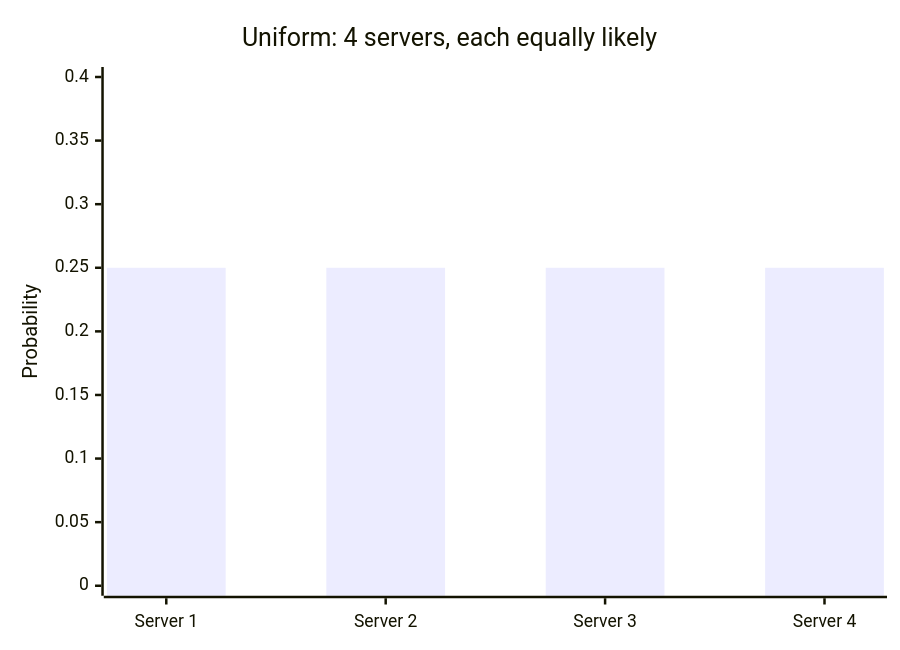
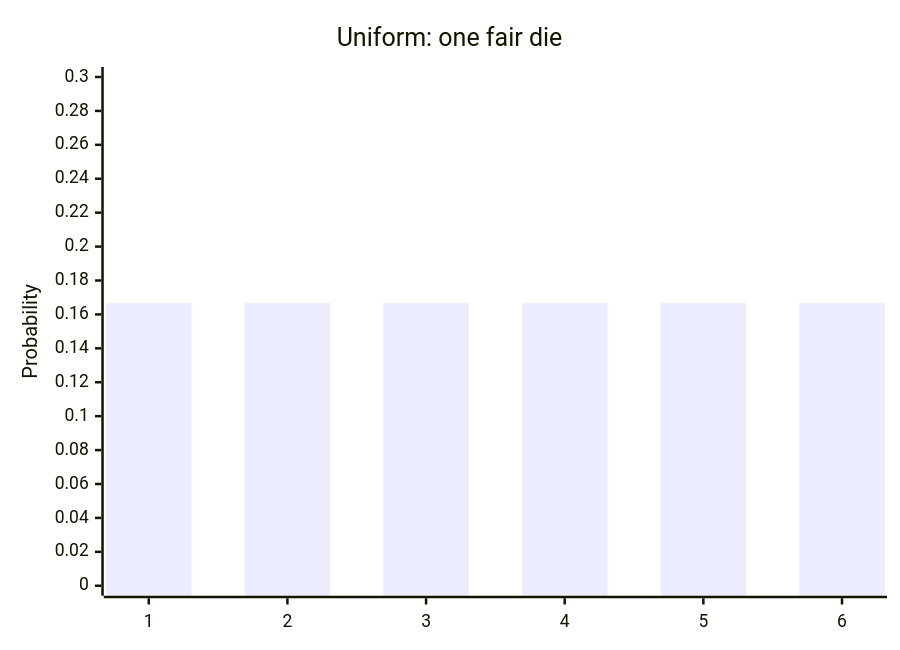
Before and after one commit to francoandreDev/knowledge: the first of 2 diagrams in src/content/applied-math/probability-distributions-uniform/L2-concept.mdx, drawn with Mermaid. The commit also changed other lines of this file and 3 other files, not shown here.

Commit message:
Migrate applied-math/probability-distributions-uniform to the three-tier exercise model

````diff
--- a/src/content/applied-math/probability-distributions-uniform/L2-concept.mdx
+++ b/src/content/applied-math/probability-distributions-uniform/L2-concept.mdx
@@ -36,7 +31,7 @@
 ```mermaid
 xychart-beta
-    title "Uniform: 4 servers, each equally likely"
-    x-axis ["Server 1", "Server 2", "Server 3", "Server 4"]
-    y-axis "Probability" 0 --> 0.4
-    bar [0.25, 0.25, 0.25, 0.25]
+    title "Uniform: one fair die"
+    x-axis ["1", "2", "3", "4", "5", "6"]
+    y-axis "Probability" 0 --> 0.3
+    bar [0.1667, 0.1667, 0.1667, 0.1667, 0.1667, 0.1667]
 ```
````
